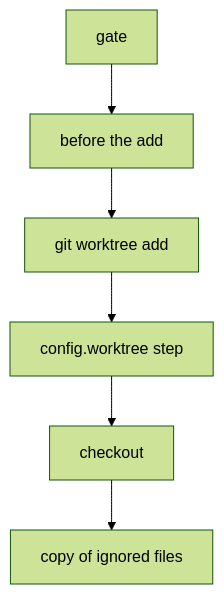
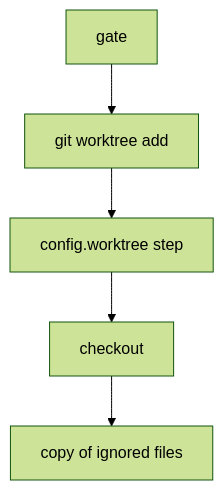
The diagram in docs/protocol/git-worktree-create.md (schubydoo/claustrum), drawn with Mermaid (forest theme) before and after one commit. The commit also changed other lines of this file and 2 other files, not shown here.

Commit message:
docs: finish the git.worktree_create page review fixes

````diff
--- a/docs/protocol/git-worktree-create.md
+++ b/docs/protocol/git-worktree-create.md
@@ -135,4 +132,4 @@
 ```mermaid
 flowchart TD
-    A["gate"] --> B["before the add"] --> C["git worktree add"] --> E["config.worktree step"] --> F["checkout"] --> G["copy of ignored files"]
+    A["gate"] --> C["git worktree add"] --> E["config.worktree step"] --> F["checkout"] --> G["copy of ignored files"]
 ```
````
